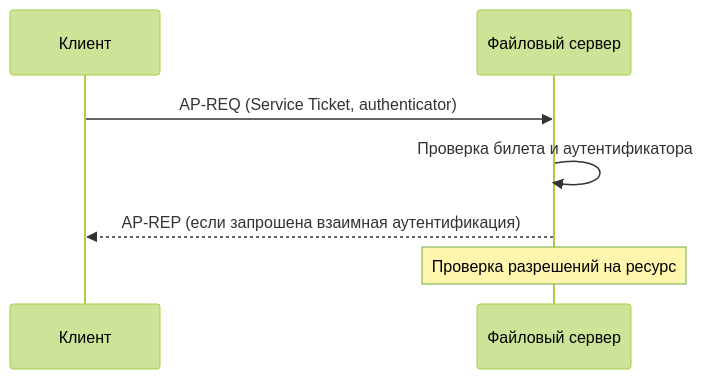
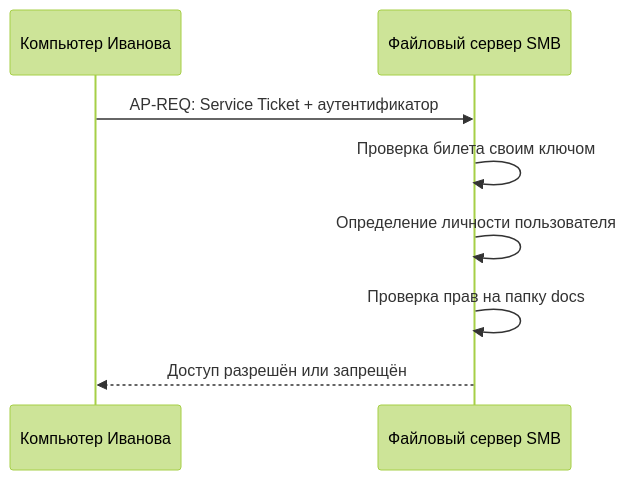
One commit to Dzhambulat-Kagermanov/obsidian-vault changed the fifth of 9 diagrams in DevOps/Сетевое и системное администрирование/3. Доменная инфраструктура/0. Основы доменной инфраструктуры/4. Kerberos — архитектура и процесс аутентификации.md. Above: the diagram before and after it, drawn with Mermaid (forest theme). The commit also changed other lines of this file, not shown here.

````diff
--- a/DevOps/Сетевое и системное администрирование/3. Доменная инфраструктура/0. Основы доменной инфраструктуры/4. Kerberos — архитектура и процесс аутентификации.md
+++ b/DevOps/Сетевое и системное администрирование/3. Доменная инфраструктура/0. Основы доменной инфраструктуры/4. Kerberos — архитектура и процесс аутентификации.md
@@ -103,9 +161,10 @@
 ```mermaid
 sequenceDiagram
-    participant C as Клиент
-    participant S as Файловый сервер
-    C->>S: AP-REQ (Service Ticket, authenticator)
-    S->>S: Проверка билета и аутентификатора
-    S-->>C: AP-REP (если запрошена взаимная аутентификация)
-    Note over S: Проверка разрешений на ресурс
+    participant C as Компьютер Иванова
+    participant F as Файловый сервер SMB
+    C->>F: AP-REQ: Service Ticket + аутентификатор
+    F->>F: Проверка билета своим ключом
+    F->>F: Определение личности пользователя
+    F->>F: Проверка прав на папку docs
+    F-->>C: Доступ разрешён или запрещён
 ```
````
